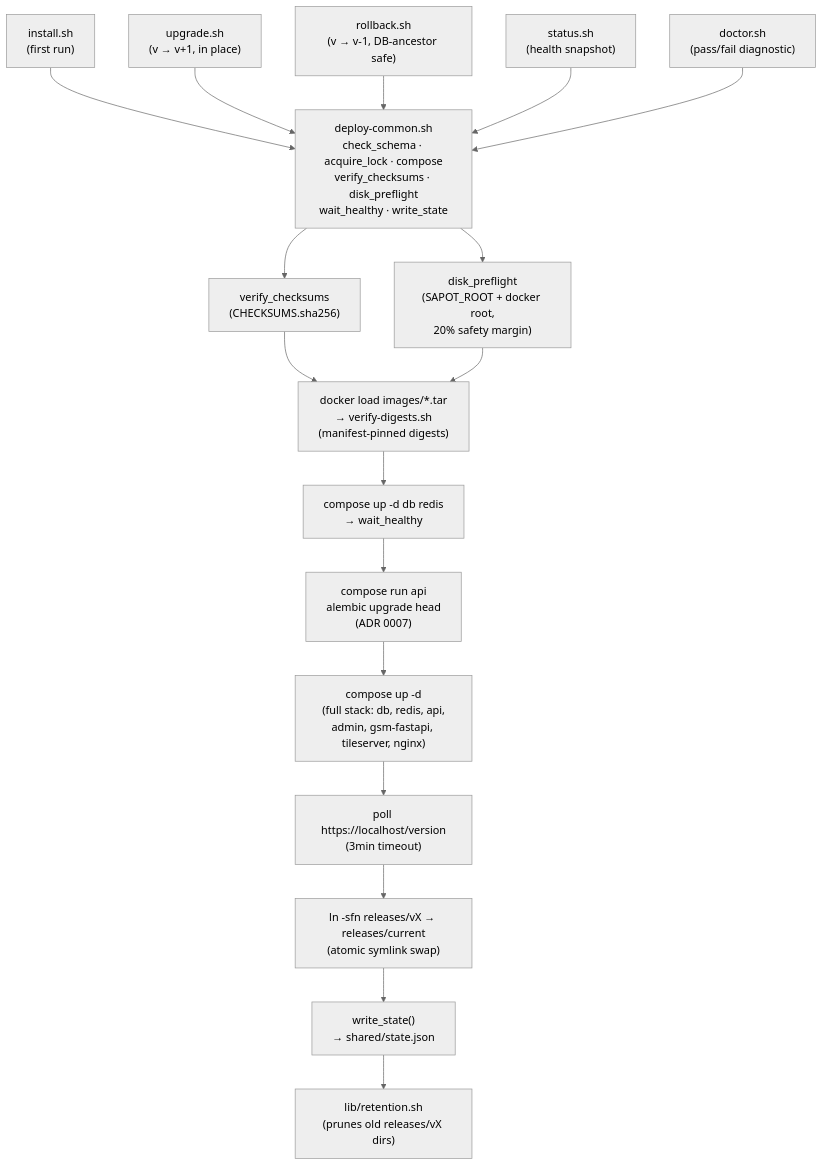
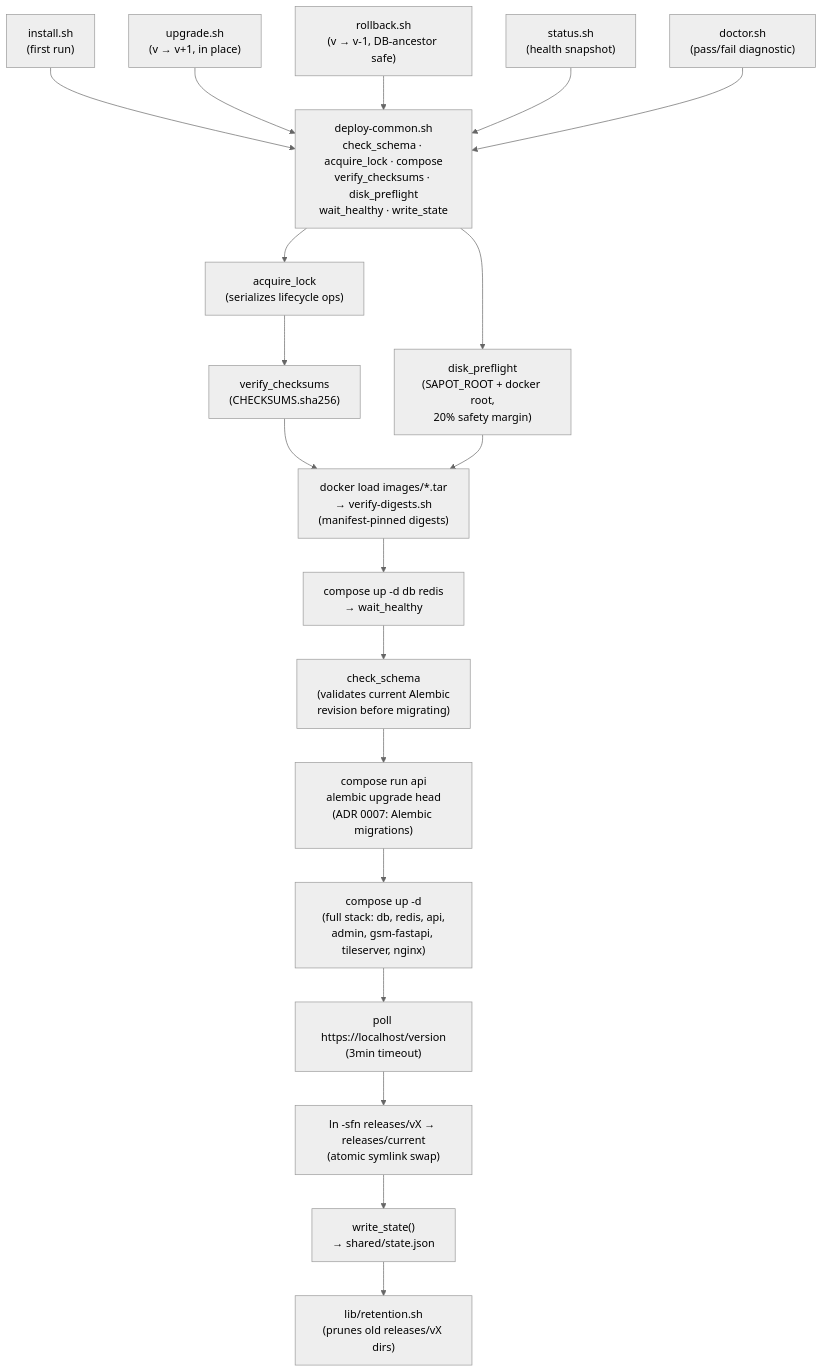
Before and after one commit to SAPOT-System/YLP-software: the second of 3 diagrams in docs/deployment/docker-bundle.md, drawn with Mermaid (neutral theme). The commit also changed other lines of this file, not shown here.

Commit message:
docs: correct deploy script paths and expand docker-bundle lifecycle docs

````diff
--- a/docs/deployment/docker-bundle.md
+++ b/docs/deployment/docker-bundle.md
@@ -46,24 +46,26 @@
 ```mermaid
 flowchart TD
     Common["deploy-common.sh<br/>check_schema · acquire_lock · compose<br/>verify_checksums · disk_preflight<br/>wait_healthy · write_state"]
 
     Install["install.sh<br/>(first run)"] --> Common
     Upgrade["upgrade.sh<br/>(v → v+1, in place)"] --> Common
     Rollback["rollback.sh<br/>(v → v-1, DB-ancestor safe)"] --> Common
     Status["status.sh<br/>(health snapshot)"] --> Common
     Doctor["doctor.sh<br/>(pass/fail diagnostic)"] --> Common
 
-    Common --> Checksums["verify_checksums<br/>(CHECKSUMS.sha256)"]
+    Common --> Lock["acquire_lock<br/>(serializes lifecycle ops)"]
+    Lock --> Checksums["verify_checksums<br/>(CHECKSUMS.sha256)"]
     Common --> Disk["disk_preflight<br/>(SAPOT_ROOT + docker root,<br/>20% safety margin)"]
 
     Checksums --> LoadImages["docker load images/*.tar<br/>→ verify-digests.sh<br/>(manifest-pinned digests)"]
     Disk --> LoadImages
 
     LoadImages --> ComposeDeps["compose up -d db redis<br/>→ wait_healthy"]
-    ComposeDeps --> Migrate["compose run api<br/>alembic upgrade head<br/>(ADR 0007)"]
+    ComposeDeps --> SchemaCheck["check_schema<br/>(validates current Alembic<br/>revision before migrating)"]
+    SchemaCheck --> Migrate["compose run api<br/>alembic upgrade head<br/>(ADR 0007: Alembic migrations)"]
     Migrate --> ComposeFull["compose up -d<br/>(full stack: db, redis, api,<br/>admin, gsm-fastapi, tileserver, nginx)"]
     ComposeFull --> HealthPoll["poll https://localhost/version<br/>(3min timeout)"]
     HealthPoll --> Symlink["ln -sfn releases/vX → releases/current<br/>(atomic symlink swap)"]
     Symlink --> WriteState["write_state()<br/>→ shared/state.json"]
     WriteState --> Retention["lib/retention.sh<br/>(prunes old releases/vX dirs)"]
 ```
````
